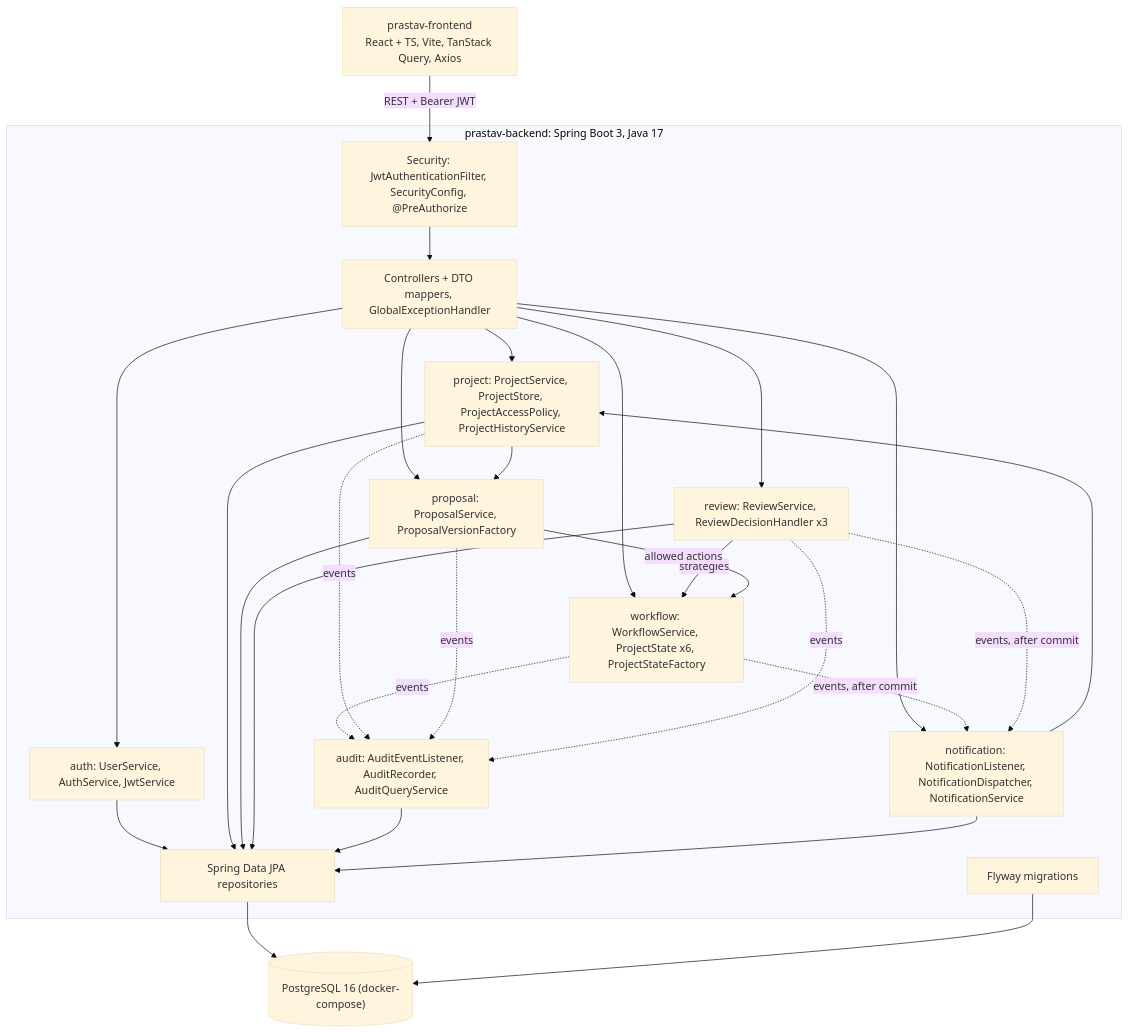
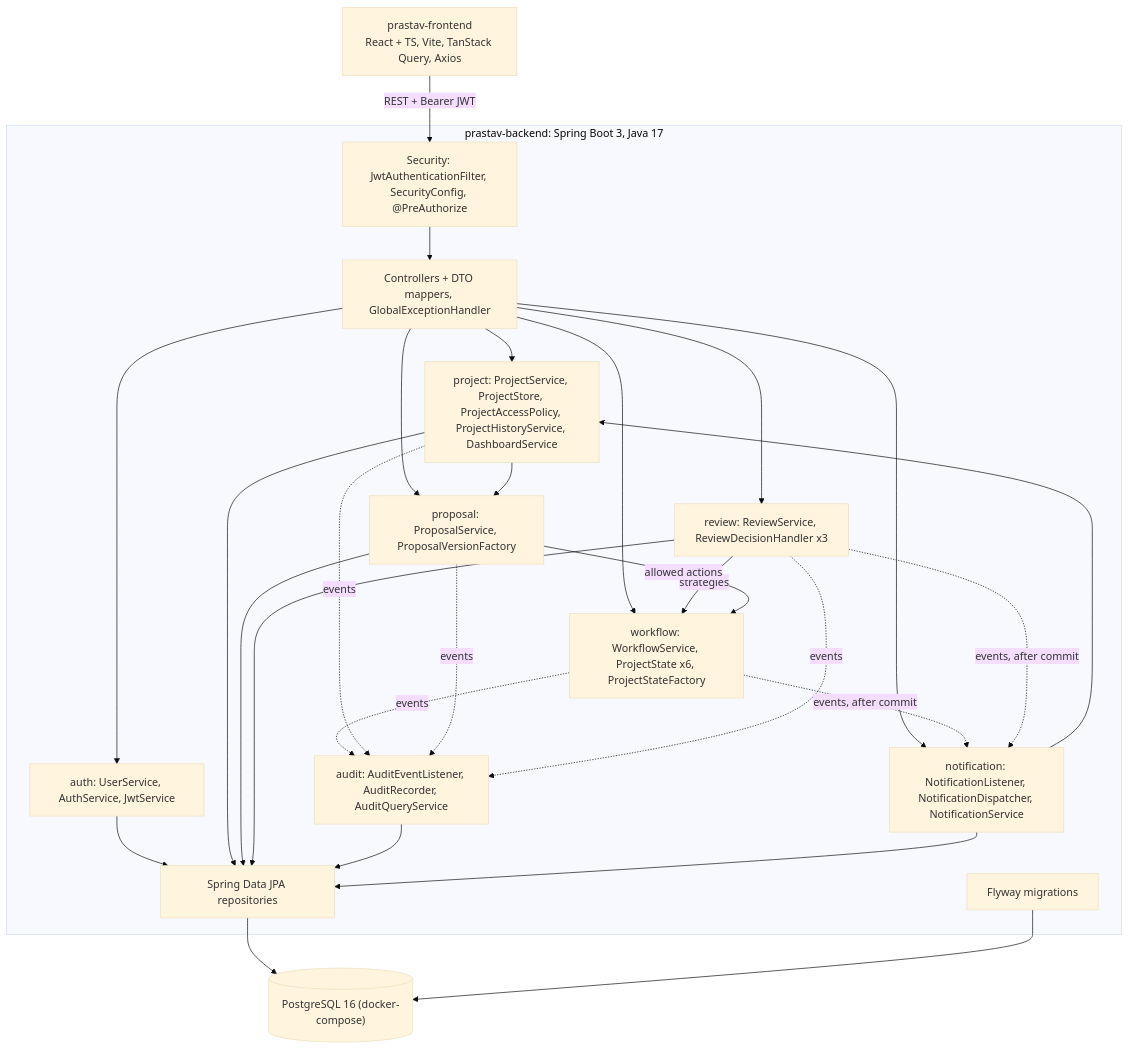
The tenth of 11 diagrams in docs/diagrams.md (udita-0707/Prastaav), drawn with Mermaid (base theme) before and after one commit. The commit also changed other lines of this file and 5 other files, not shown here.

Commit message:
docs(project): coordinator dashboard requirement, API contract and diagrams

````diff
--- a/docs/diagrams.md
+++ b/docs/diagrams.md
@@ -549,34 +550,34 @@
 ```mermaid
 flowchart TB
   FE["prastav-frontend<br/>React + TS, Vite, TanStack Query, Axios"]
   subgraph BE["prastav-backend: Spring Boot 3, Java 17"]
     SEC["Security: JwtAuthenticationFilter, SecurityConfig, @PreAuthorize"]
     WEB["Controllers + DTO mappers, GlobalExceptionHandler"]
     AUTH["auth: UserService, AuthService, JwtService"]
-    PROJ["project: ProjectService, ProjectStore, ProjectAccessPolicy, ProjectHistoryService"]
+    PROJ["project: ProjectService, ProjectStore, ProjectAccessPolicy, ProjectHistoryService, DashboardService"]
     PROP["proposal: ProposalService, ProposalVersionFactory"]
     REV["review: ReviewService, ReviewDecisionHandler x3"]
     WF["workflow: WorkflowService, ProjectState x6, ProjectStateFactory"]
     AUD["audit: AuditEventListener, AuditRecorder, AuditQueryService"]
     NOTIF["notification: NotificationListener, NotificationDispatcher, NotificationService"]
     REPO["Spring Data JPA repositories"]
     FLY["Flyway migrations"]
   end
   DB[("PostgreSQL 16 (docker-compose)")]
   FE -->|"REST + Bearer JWT"| SEC --> WEB
   WEB --> AUTH & PROJ & PROP & REV & WF & NOTIF
   REV -->|strategies| WF
   PROJ --> PROP
   PROP -->|allowed actions| WF
   WF -.->|events| AUD
   PROJ -.->|events| AUD
   PROP -.->|events| AUD
   REV -.->|events| AUD
   WF -.->|events, after commit| NOTIF
   REV -.->|events, after commit| NOTIF
   NOTIF --> PROJ
   AUTH & PROJ & PROP & REV & AUD --> REPO
   NOTIF --> REPO
   REPO --> DB
   FLY --> DB
 ```
````
